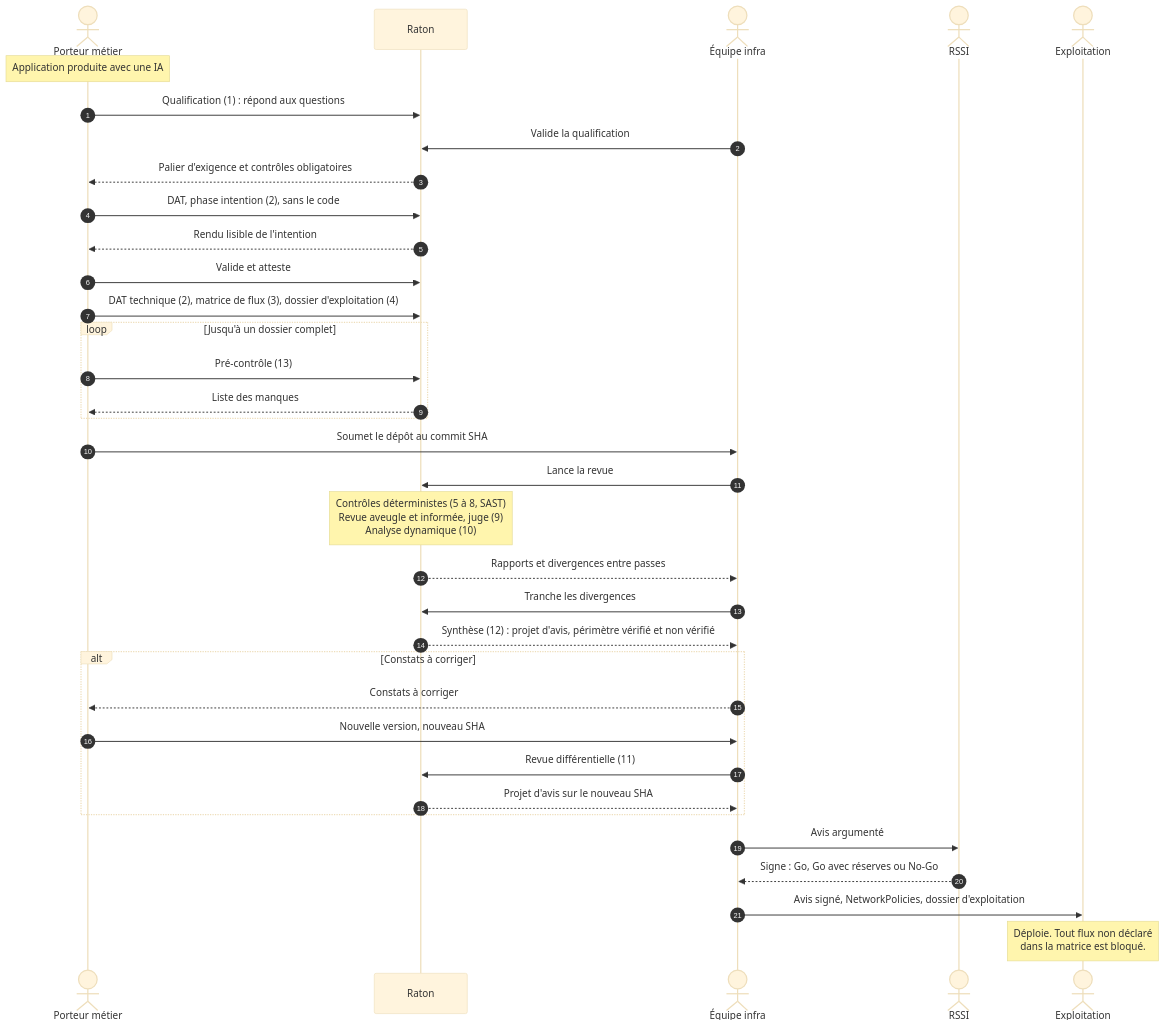
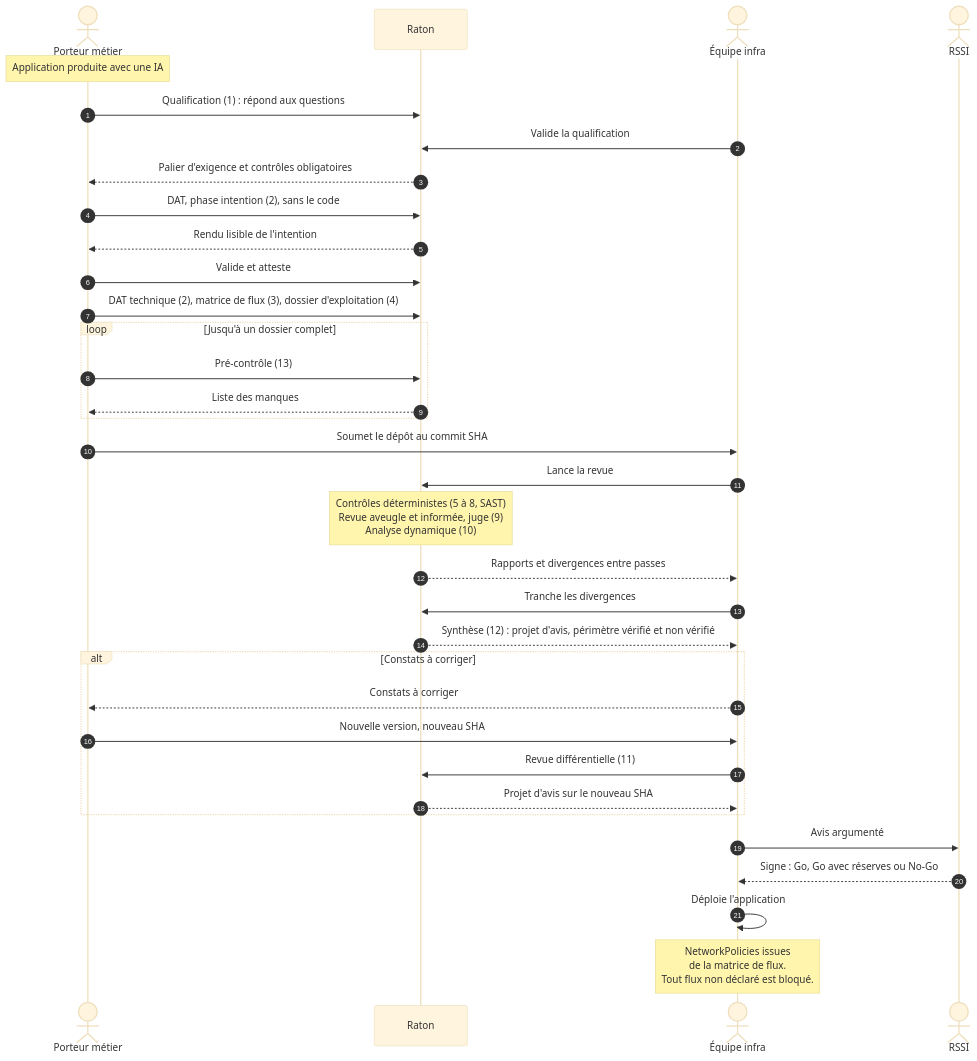
One commit to Jul0ow/Raton changed the second of 5 diagrams in docs/architecture.md. Above: the diagram before and after it, drawn with Mermaid (base theme). The commit also changed other lines of this file and 1 other file, not shown here.

Commit message:
Confie l'exploitation à l'équipe infra
L'équipe infra mène la revue et déploie l'application : le rôle
Exploitation disparaît des diagrammes et du tableau des rôles.

Claude-Session: https://claude.ai/code/session_01NWfHHUDXaPTivrnXveKP14

````diff
--- a/docs/architecture.md
+++ b/docs/architecture.md
@@ -53,38 +53,37 @@
 ```mermaid
 sequenceDiagram
   autonumber
   actor M as Porteur métier
   participant R as Raton
   actor E as Équipe infra
   actor S as RSSI
-  actor X as Exploitation
 
   Note over M: Application produite avec une IA
   M->>R: Qualification (1) : répond aux questions
   E->>R: Valide la qualification
   R-->>M: Palier d'exigence et contrôles obligatoires
   M->>R: DAT, phase intention (2), sans le code
   R-->>M: Rendu lisible de l'intention
   M->>R: Valide et atteste
   M->>R: DAT technique (2), matrice de flux (3), dossier d'exploitation (4)
   loop Jusqu'à un dossier complet
     M->>R: Pré-contrôle (13)
     R-->>M: Liste des manques
   end
   M->>E: Soumet le dépôt au commit SHA
   E->>R: Lance la revue
   Note over R: Contrôles déterministes (5 à 8, SAST)<br/>Revue aveugle et informée, juge (9)<br/>Analyse dynamique (10)
   R-->>E: Rapports et divergences entre passes
   E->>R: Tranche les divergences
   R-->>E: Synthèse (12) : projet d'avis, périmètre vérifié et non vérifié
   alt Constats à corriger
     E-->>M: Constats à corriger
     M->>E: Nouvelle version, nouveau SHA
     E->>R: Revue différentielle (11)
     R-->>E: Projet d'avis sur le nouveau SHA
   end
   E->>S: Avis argumenté
   S-->>E: Signe : Go, Go avec réserves ou No-Go
-  E->>X: Avis signé, NetworkPolicies, dossier d'exploitation
-  Note over X: Déploie. Tout flux non déclaré<br/>dans la matrice est bloqué.
+  E->>E: Déploie l'application
+  Note over E: NetworkPolicies issues<br/>de la matrice de flux.<br/>Tout flux non déclaré est bloqué.
 ```
````
